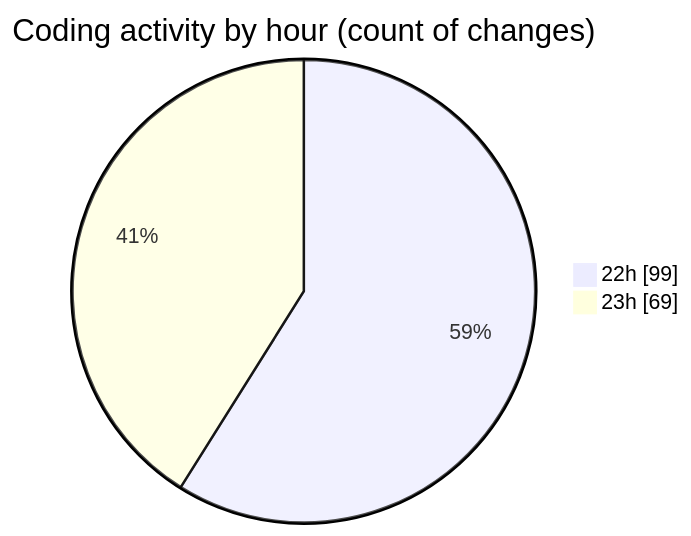
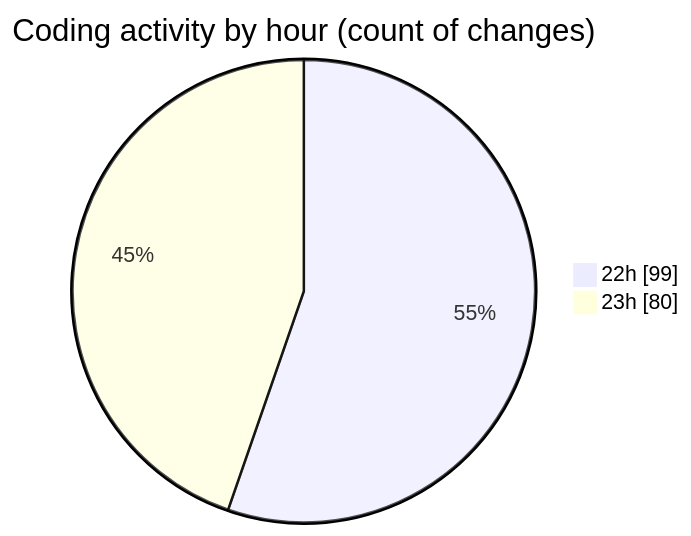
Before and after one commit to Ritupan-Deka/code-tracking: the second of 2 diagrams in 2026-01-10/dsa/README.md, drawn with Mermaid. The commit also changed other lines of this file and 1 other file, not shown here.

````diff
--- a/2026-01-10/dsa/README.md
+++ b/2026-01-10/dsa/README.md
@@ -30,6 +30,6 @@
 ```mermaid
 pie showData
 title Coding activity by hour (count of changes)
 "22h" : 99
-"23h" : 69
+"23h" : 80
 ```
````
